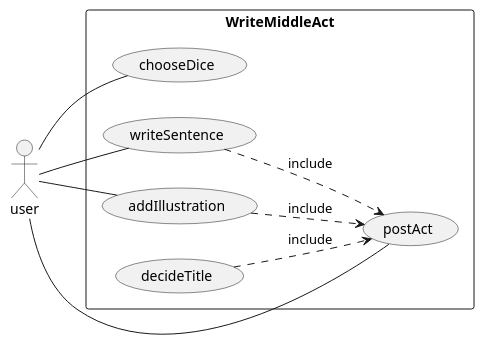
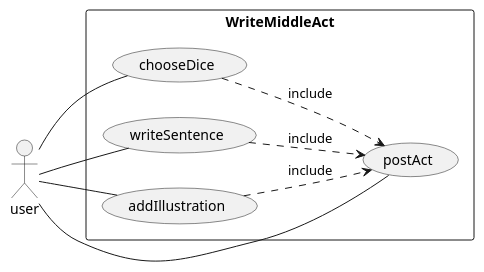
The diagram in documents/usecase/WriteMiddleAct.pu (kazurego7/StoryCubesWeb), drawn with PlantUML before and after one commit. The commit also changed 2 other files, not shown here.

Commit message:
update/ domain diagram - act

```diff
--- a/documents/usecase/WriteMiddleAct.pu
+++ b/documents/usecase/WriteMiddleAct.pu
@@ -1,17 +1,17 @@
 @startuml MakeMiddleAct
 
 left to right direction
 
 actor user
 
 rectangle WriteMiddleAct {
     user -- (chooseDice)
     user -- (writeSentence)
     user -- (addIllustration)    
     user -- (postAct)
-    (decideTitle) ..> (postAct) : include
+    (chooseDice) ..> (postAct) : include
     (writeSentence) ..> (postAct) : include
     (addIllustration) ..> (postAct) : include
 }
 
 @enduml
```
